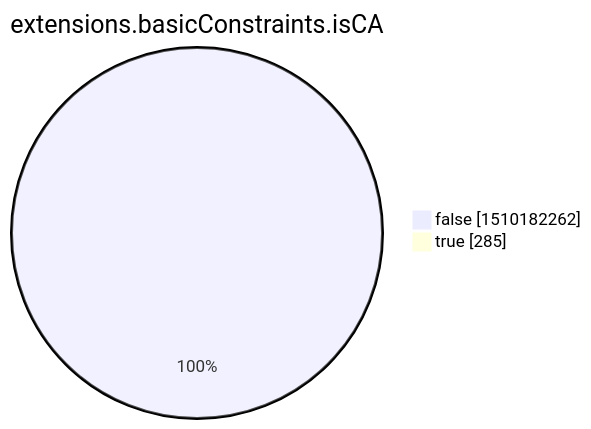
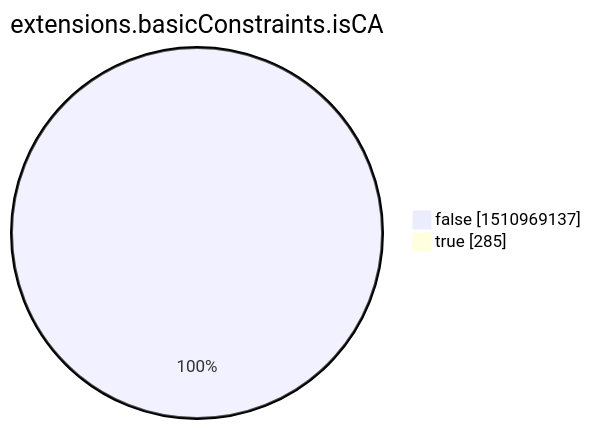
Before and after one commit to christiankrug/ctmonitor_visualization: the eighth of 15 diagrams in xenon2022/README.md, drawn with Mermaid. The commit also changed other lines of this file, not shown here.

````diff
--- a/xenon2022/README.md
+++ b/xenon2022/README.md
@@ -2854,6 +2854,6 @@
 ```mermaid
 pie showData
 title extensions.basicConstraints.isCA
-"false" :1510182262
+"false" :1510969137
 "true" :285
 ```
````
